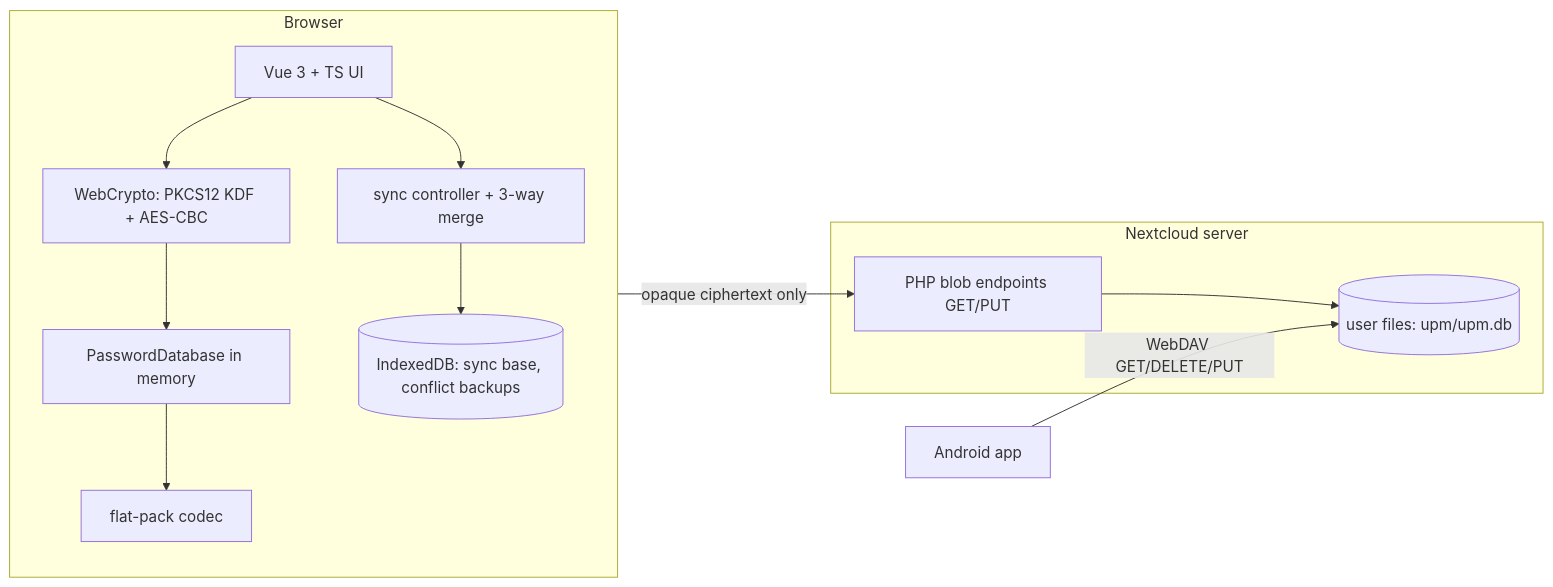
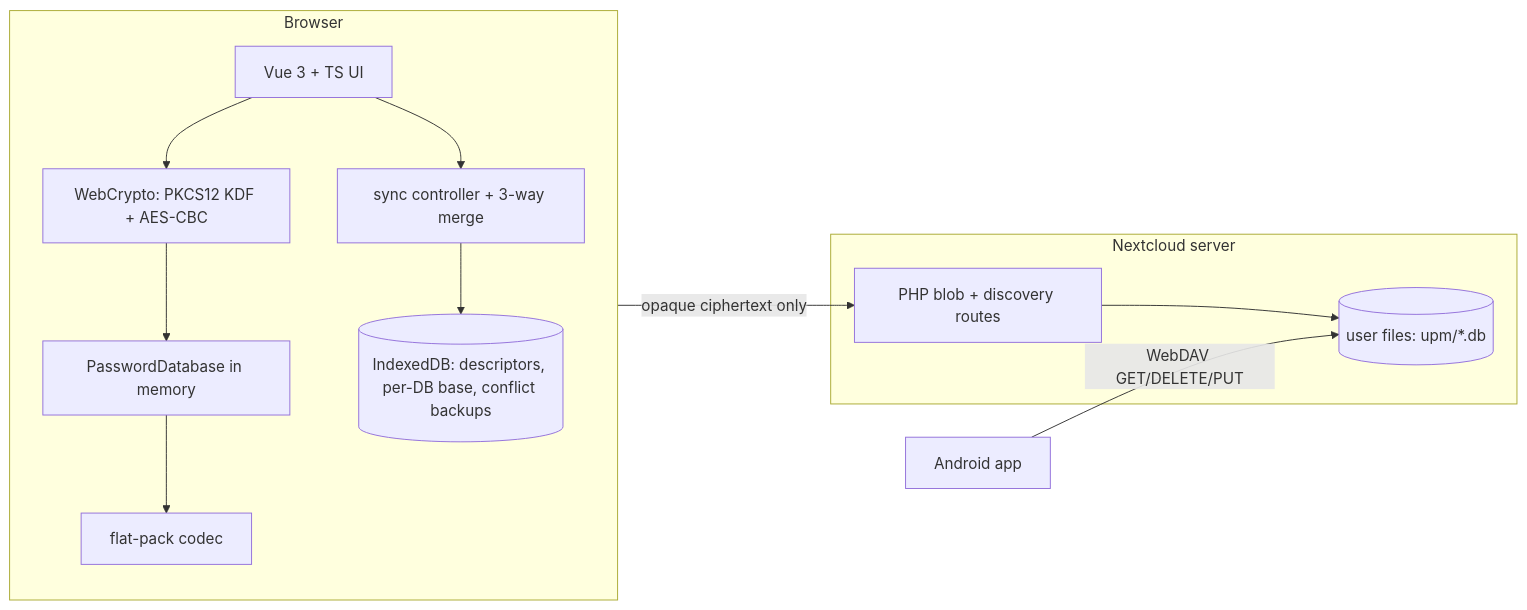
The diagram in doc/plan.md (majorkingleo/upm-nextcloud), drawn with Mermaid before and after one commit. The commit also changed other lines of this file and 2 other files, not shown here.

````diff
--- a/doc/plan.md
+++ b/doc/plan.md
@@ -102,17 +106,17 @@
 ```mermaid
 flowchart LR
   subgraph Browser
     UI[Vue 3 + TS UI] --> CRYPTO[WebCrypto: PKCS12 KDF + AES-CBC]
     CRYPTO --> DB[PasswordDatabase in memory]
     DB --> CODEC[flat-pack codec]
     UI --> SYNC[sync controller + 3-way merge]
-    SYNC --> IDX[(IndexedDB: sync base, conflict backups)]
+    SYNC --> IDX[(IndexedDB: descriptors, per-DB base, conflict backups)]
   end
   subgraph Nextcloud server
-    API[PHP blob endpoints GET/PUT]
-    FS[(user files: upm/upm.db)]
+    API[PHP blob + discovery routes]
+    FS[(user files: upm/*.db)]
     API --> FS
   end
   Browser -- "opaque ciphertext only" --> API
   Android[Android app] -- "WebDAV GET/DELETE/PUT" --> FS
 ```
````
